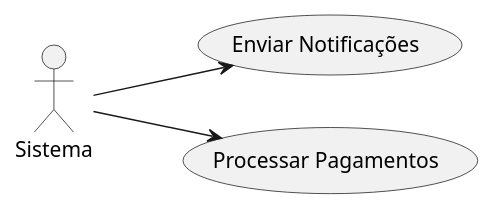
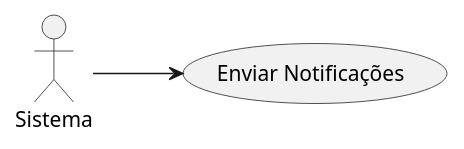
Before and after one commit to pedrojcoliveira/ENGREQ-Grupo3: the diagram in Data/Diagrams/UseCaseDiagrams/System/UseCaseSystem.puml, drawn with PlantUML.

Commit message:
Adjust System usecase diagram

```diff
--- a/Data/Diagrams/UseCaseDiagrams/System/UseCaseSystem.puml
+++ b/Data/Diagrams/UseCaseDiagrams/System/UseCaseSystem.puml
@@ -1,9 +1,7 @@
 @startuml
 left to right direction
 actor "Sistema" as System
 
 System --> (Enviar Notificações)
-System --> (Processar Pagamentos)
-
 
 @enduml
```
